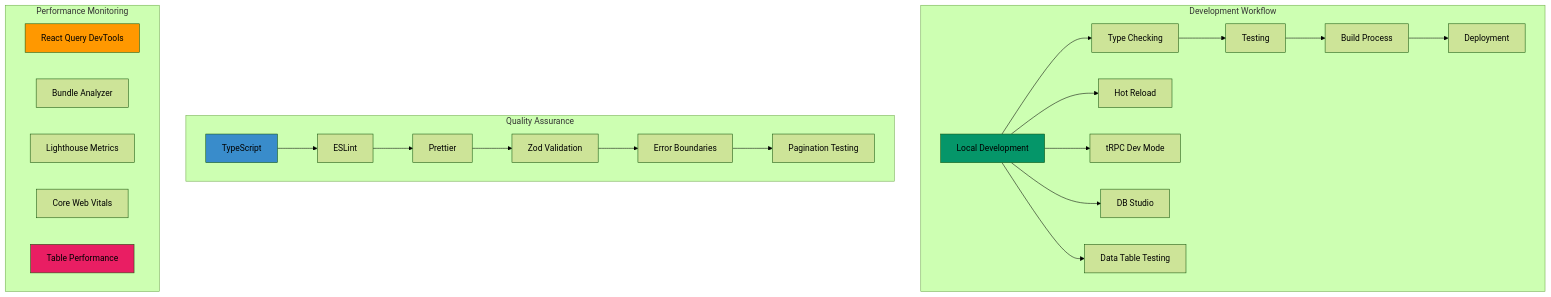
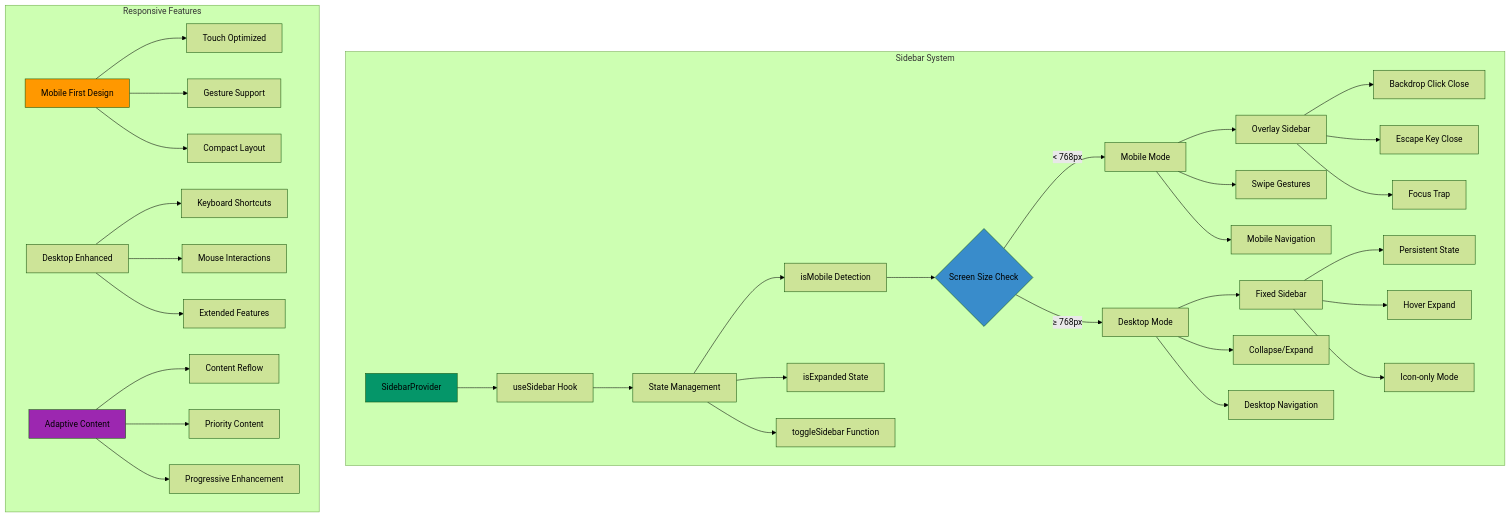
Diagram 12 of 14 in README.md (felipesanchez-dev/agentesia), drawn with Mermaid (forest theme) before and after one commit. The commit also changed other lines of this file, not shown here.

````diff
--- a/README.md
+++ b/README.md
@@ -1107,35 +1122,49 @@
 ```mermaid
 graph TB
-    subgraph "Development Workflow"
-        A[Local Development] --> B[Type Checking]
-        B --> C[Testing]
-        C --> D[Build Process]
-        D --> E[Deployment]
+    subgraph "Sidebar System"
+        A[SidebarProvider] --> B[useSidebar Hook]
+        B --> C[State Management]
+        C --> D[isMobile Detection]
+        C --> E[isExpanded State]
+        C --> F[toggleSidebar Function]
 
-        A --> F[Hot Reload]
-        A --> G[tRPC Dev Mode]
-        A --> H[DB Studio]
-        A --> I[Data Table Testing]
+        D --> G{Screen Size Check}
+        G -->|< 768px| H[Mobile Mode]
+        G -->|≥ 768px| I[Desktop Mode]
+
+        H --> J[Overlay Sidebar]
+        H --> K[Swipe Gestures]
+        H --> L[Mobile Navigation]
+
+        I --> M[Fixed Sidebar]
+        I --> N[Collapse/Expand]
+        I --> O[Desktop Navigation]
+
+        J --> P[Backdrop Click Close]
+        J --> Q[Escape Key Close]
+        J --> R[Focus Trap]
+
+        M --> S[Persistent State]
+        M --> T[Hover Expand]
+        M --> U[Icon-only Mode]
     end
 
-    subgraph "Quality Assurance"
-        J[TypeScript] --> K[ESLint]
-        K --> L[Prettier]
-        L --> M[Zod Validation]
-        M --> N[Error Boundaries]
-        N --> O[Pagination Testing]
-    end
+    subgraph "Responsive Features"
+        V[Mobile First Design] --> W[Touch Optimized]
+        V --> X[Gesture Support]
+        V --> Y[Compact Layout]
 
-    subgraph "Performance Monitoring"
-        P[React Query DevTools]
-        Q[Bundle Analyzer]
-        R[Lighthouse Metrics]
-        S[Core Web Vitals]
-        T[Table Performance]
+        Z[Desktop Enhanced] --> AA[Keyboard Shortcuts]
+        Z --> BB[Mouse Interactions]
+        Z --> CC[Extended Features]
+
+        DD[Adaptive Content] --> EE[Content Reflow]
+        DD --> FF[Priority Content]
+        DD --> GG[Progressive Enhancement]
     end
 
     style A fill:#059669
-    style J fill:#398CCB
-    style P fill:#ff9800
-    style T fill:#e91e63
+    style G fill:#398CCB
+    style V fill:#ff9800
+    style DD fill:#9c27b0
 ```
````
